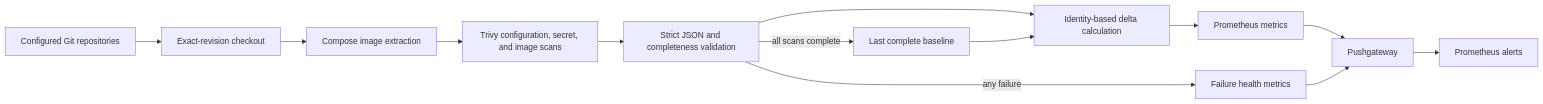
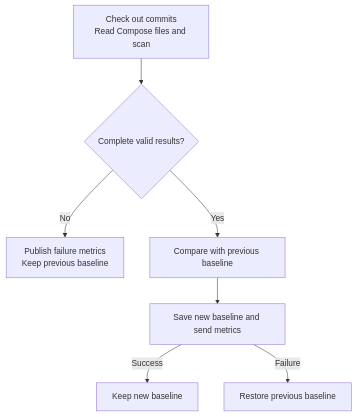
One commit to arviiyer/tamriel-homelab changed the diagram in automation/trivy/README.md. Above: the diagram before and after it, drawn with Mermaid. The commit also changed other lines of this file and 38 other files, not shown here.

````diff
--- a/automation/trivy/README.md
+++ b/automation/trivy/README.md
@@ -31,20 +74,10 @@
 ```mermaid
-flowchart LR
-    repositories[Configured Git repositories]
-    checkout[Exact-revision checkout]
-    compose[Compose image extraction]
-    trivy[Trivy configuration, secret, and image scans]
-    validation[Strict JSON and completeness validation]
-    delta[Identity-based delta calculation]
-    metrics[Prometheus metrics]
-    gateway[Pushgateway]
-    alerts[Prometheus alerts]
-    baseline[Last complete baseline]
-
-    repositories --> checkout --> compose --> trivy --> validation --> delta
-    baseline --> delta
-    delta --> metrics --> gateway --> alerts
-    validation -->|all scans complete| baseline
-    validation -->|any failure| health[Failure health metrics]
-    health --> gateway
+flowchart TB
+    scan[Check out commits<br/>Read Compose files and scan]
+    scan --> validate{Complete valid results?}
+    validate -- No --> health[Publish failure metrics<br/>Keep previous baseline]
+    validate -- Yes --> delta[Compare with previous baseline]
+    delta --> commit[Save new baseline and send metrics]
+    commit -- Success --> baseline[Keep new baseline]
+    commit -- Failure --> rollback[Restore previous baseline]
 ```
````
